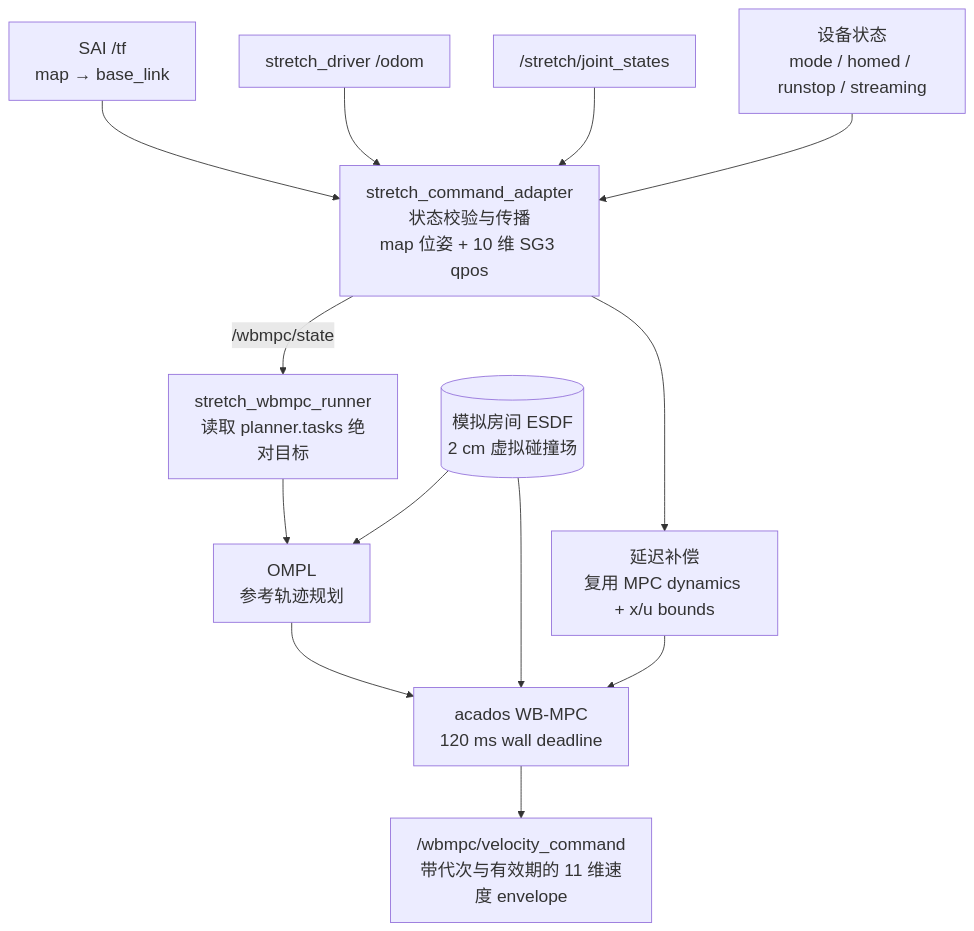
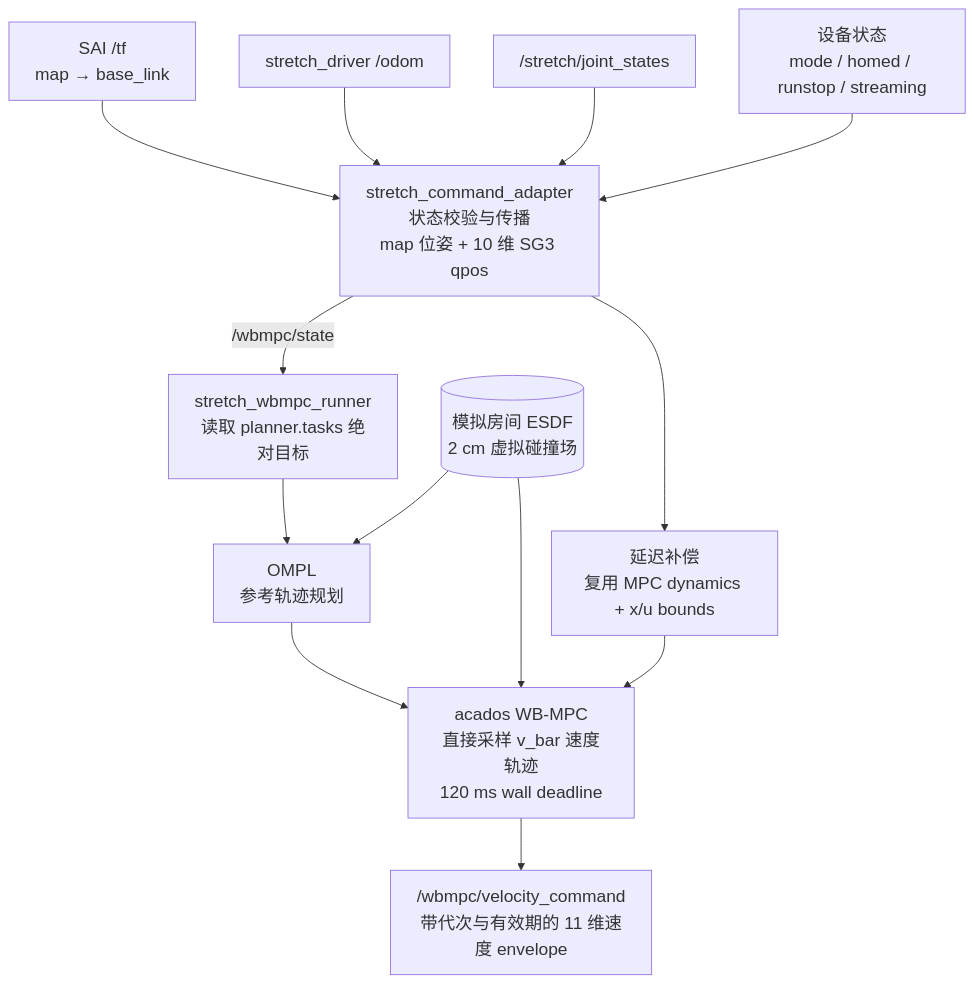
Before and after one commit to stateirving/mobile_manipulation: the first of 2 diagrams in real deploy.md, drawn with Mermaid. The commit also changed other lines of this file and 13 other files, not shown here.

````diff
--- a/real deploy.md
+++ b/real deploy.md
@@ -19,28 +19,28 @@
 ```mermaid
 %%{init: {"themeVariables": {"fontSize": "20px"}, "flowchart": {"useMaxWidth": true, "nodeSpacing": 50, "rankSpacing": 60}}}%%
 flowchart TB
     TF["SAI /tf<br/>map → base_link"]
     ODOM["stretch_driver /odom"]
     JS["/stretch/joint_states"]
     HEALTH["设备状态<br/>mode / homed / runstop / streaming"]
     STATE["stretch_command_adapter<br/>状态校验与传播<br/>map 位姿 + 10 维 SG3 qpos"]
     REL["stretch_wbmpc_runner<br/>读取 planner.tasks 绝对目标"]
     OMPL["OMPL<br/>参考轨迹规划"]
     ESDF[("模拟房间 ESDF<br/>2 cm 虚拟碰撞场")]
     PRED["延迟补偿<br/>复用 MPC dynamics + x/u bounds"]
-    MPC["acados WB-MPC<br/>120 ms wall deadline"]
+    MPC["acados WB-MPC<br/>直接采样 v_bar 速度轨迹<br/>120 ms wall deadline"]
     CMD["/wbmpc/velocity_command<br/>带代次与有效期的 11 维速度 envelope"]
 
     TF --> STATE
     ODOM --> STATE
     JS --> STATE
     HEALTH --> STATE
     STATE -->|/wbmpc/state| REL
     STATE --> PRED
     REL --> OMPL
     ESDF --> OMPL
     ESDF --> MPC
     PRED --> MPC
     OMPL --> MPC
     MPC --> CMD
 ```
````
